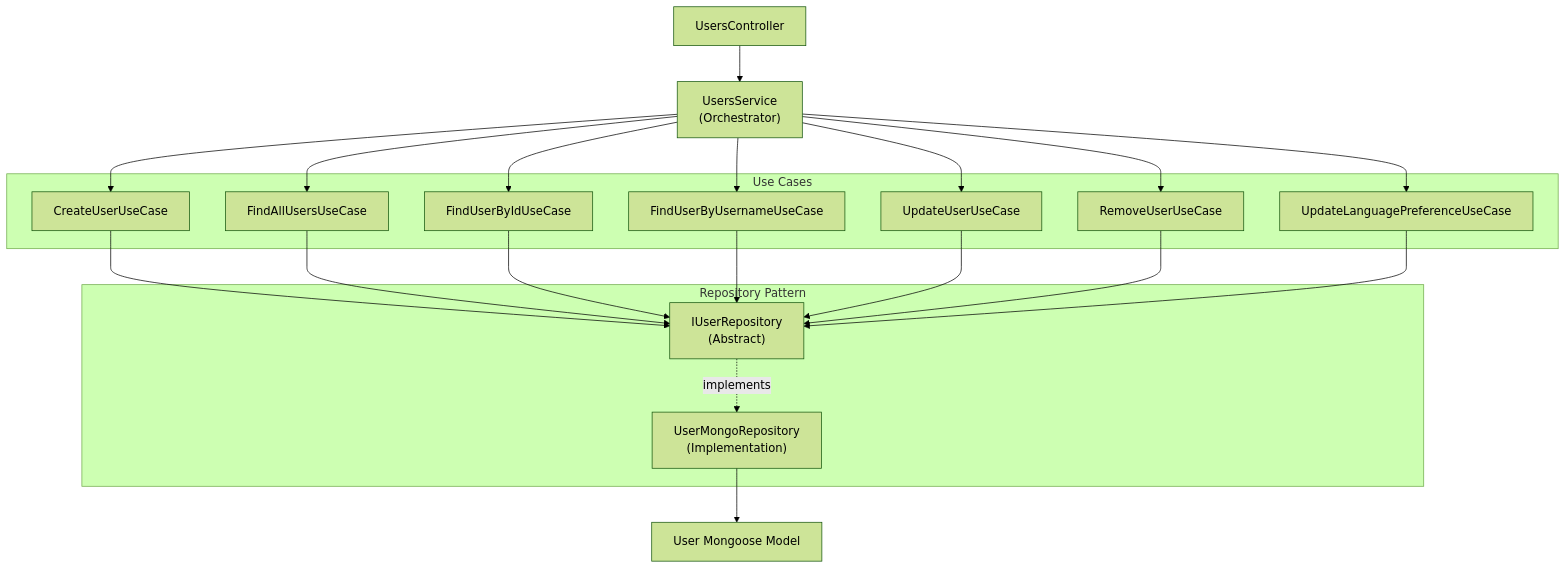
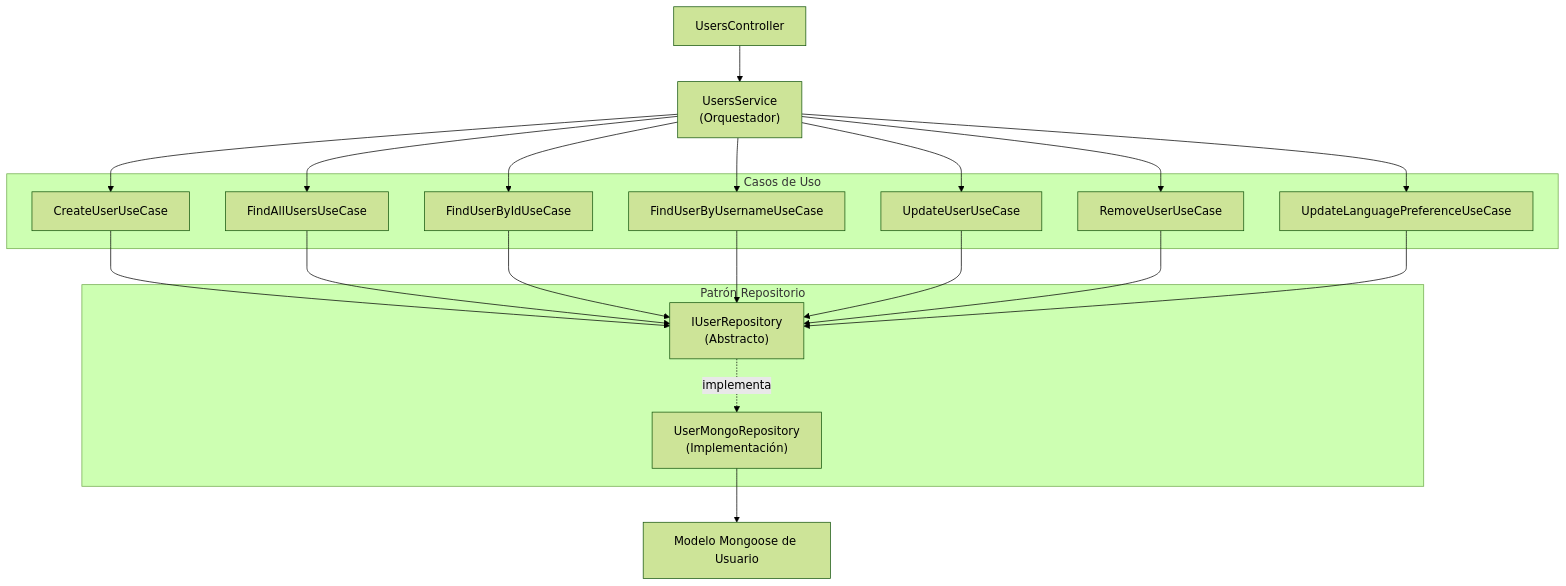
The diagram in docs-post-message/docs/backend/modules/users.md (Byroncl/laboratory-reviews), drawn with Mermaid (forest theme) before and after one commit. The commit also changed other lines of this file and 17 other files, not shown here.

Commit message:
refactor: implement clean architecture patterns with domains, repositories, use cases, constants, and comprehensive tests

````diff
--- a/docs-post-message/docs/backend/modules/users.md
+++ b/docs-post-message/docs/backend/modules/users.md
@@ -15,42 +15,42 @@
 ```mermaid
 graph TB
     Controller["UsersController"]
-    Service["UsersService<br/>(Orchestrator)"]
+    Service["UsersService<br/>(Orquestador)"]
     
-    subgraph "Use Cases"
+    subgraph "Casos de Uso"
         CreateUC["CreateUserUseCase"]
         FindAllUC["FindAllUsersUseCase"]
         FindByIdUC["FindUserByIdUseCase"]
         FindByUsernameUC["FindUserByUsernameUseCase"]
         UpdateUC["UpdateUserUseCase"]
         RemoveUC["RemoveUserUseCase"]
         UpdateLangUC["UpdateLanguagePreferenceUseCase"]
     end
     
-    subgraph "Repository Pattern"
-        IRepository["IUserRepository<br/>(Abstract)"]
-        MongoRepo["UserMongoRepository<br/>(Implementation)"]
+    subgraph "Patrón Repositorio"
+        IRepository["IUserRepository<br/>(Abstracto)"]
+        MongoRepo["UserMongoRepository<br/>(Implementación)"]
     end
     
-    Model["User Mongoose Model"]
+    Model["Modelo Mongoose de Usuario"]
     
     Controller --> Service
     Service --> CreateUC
     Service --> FindAllUC
     Service --> FindByIdUC
     Service --> FindByUsernameUC
     Service --> UpdateUC
     Service --> RemoveUC
     Service --> UpdateLangUC
     
     CreateUC --> IRepository
     FindAllUC --> IRepository
     FindByIdUC --> IRepository
     FindByUsernameUC --> IRepository
     UpdateUC --> IRepository
     RemoveUC --> IRepository
     UpdateLangUC --> IRepository
     
-    IRepository -.->|implements| MongoRepo
+    IRepository -.->|implementa| MongoRepo
     MongoRepo --> Model
 ```
````
